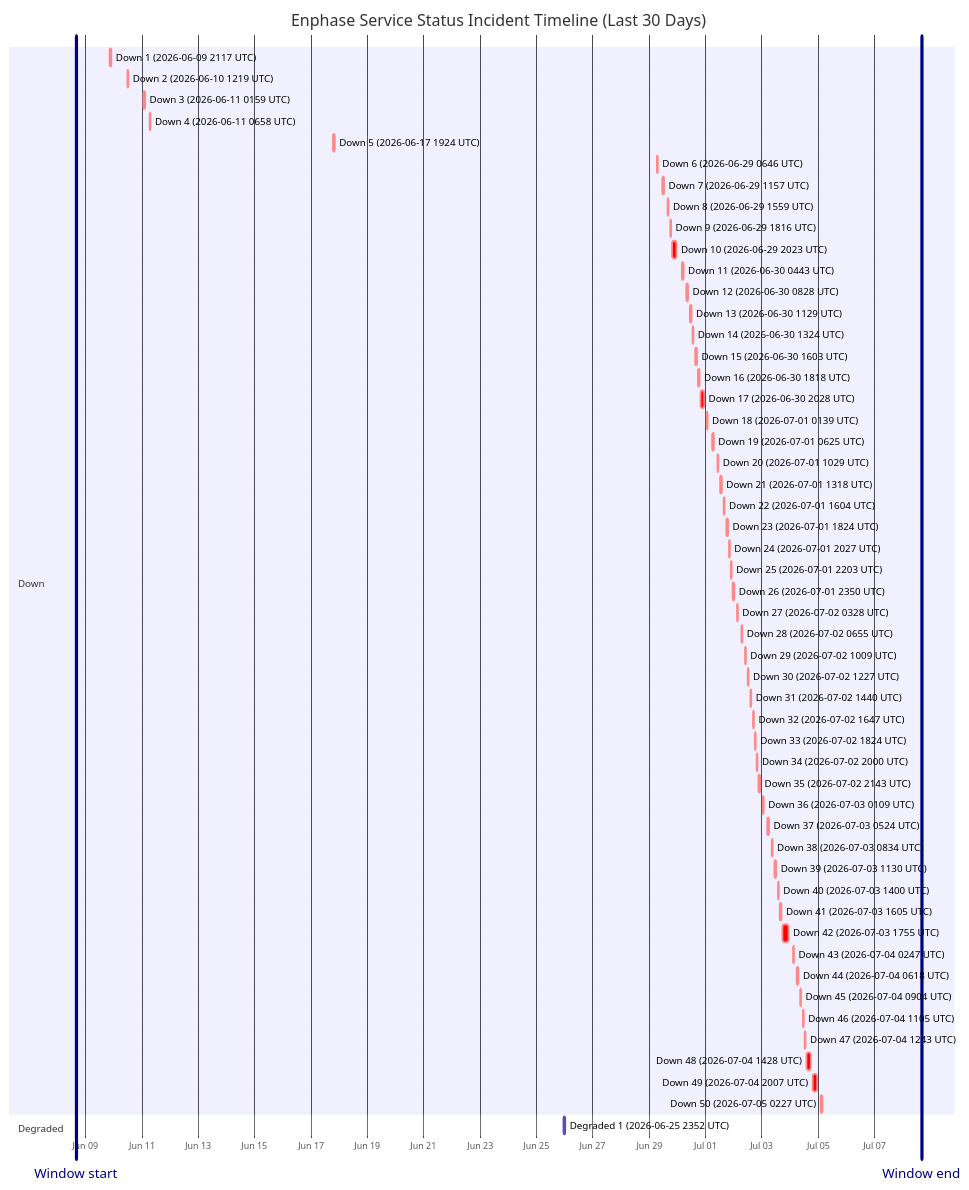
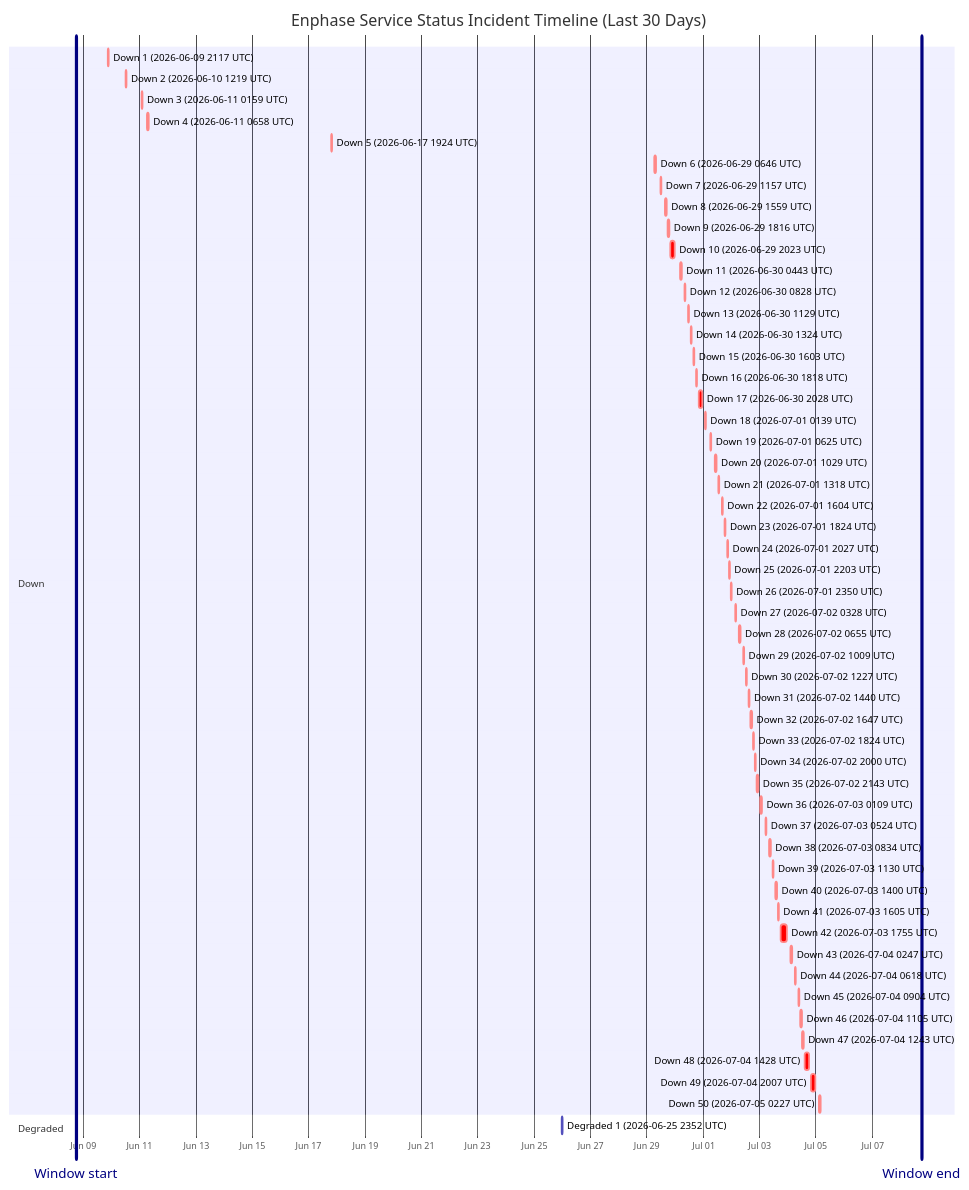
Before and after one commit to barneyonline/ha-enphase-energy: the diagram in wiki/Service-Status-History.md, drawn with Mermaid. The commit also changed other lines of this file and 3 other files, not shown here.

````diff
--- a/wiki/Service-Status-History.md
+++ b/wiki/Service-Status-History.md
@@ -14,61 +14,61 @@
 ```mermaid
 gantt
     title Enphase Service Status Incident Timeline (Last 30 Days)
     dateFormat  YYYY-MM-DDTHH:mm:ss
     axisFormat  %b %d
-    Window start :vert, window-start, 2026-06-08T16:13:50, 0ms
-    Window end :vert, window-end, 2026-07-08T16:13:50, 0ms
+    Window start :vert, window-start, 2026-06-08T17:59:02, 0ms
+    Window end :vert, window-end, 2026-07-08T17:59:02, 0ms
     section Down
     Down 1 (2026-06-09 2117 UTC) :crit, down-1, 2026-06-09T21:17:17, 60m
     Down 2 (2026-06-10 1219 UTC) :crit, down-2, 2026-06-10T12:19:21, 60m
     Down 3 (2026-06-11 0159 UTC) :crit, down-3, 2026-06-11T01:59:36, 60m
     Down 4 (2026-06-11 0658 UTC) :crit, down-4, 2026-06-11T06:58:45, 60m
     Down 5 (2026-06-17 1924 UTC) :crit, down-5, 2026-06-17T19:24:51, 60m
     Down 6 (2026-06-29 0646 UTC) :crit, down-6, 2026-06-29T06:46:18, 60m
     Down 7 (2026-06-29 1157 UTC) :crit, down-7, 2026-06-29T11:57:36, 60m
     Down 8 (2026-06-29 1559 UTC) :crit, down-8, 2026-06-29T15:59:02, 60m
     Down 9 (2026-06-29 1816 UTC) :crit, down-9, 2026-06-29T18:16:38, 60m
     Down 10 (2026-06-29 2023 UTC) :crit, down-10, 2026-06-29T20:23:16, 220m
     Down 11 (2026-06-30 0443 UTC) :crit, down-11, 2026-06-30T04:43:54, 60m
     Down 12 (2026-06-30 0828 UTC) :crit, down-12, 2026-06-30T08:28:43, 60m
     Down 13 (2026-06-30 1129 UTC) :crit, down-13, 2026-06-30T11:29:15, 60m
     Down 14 (2026-06-30 1324 UTC) :crit, down-14, 2026-06-30T13:24:25, 60m
     Down 15 (2026-06-30 1603 UTC) :crit, down-15, 2026-06-30T16:03:26, 60m
     Down 16 (2026-06-30 1818 UTC) :crit, down-16, 2026-06-30T18:18:39, 60m
     Down 17 (2026-06-30 2028 UTC) :crit, down-17, 2026-06-30T20:28:54, 171m
     Down 18 (2026-07-01 0139 UTC) :crit, down-18, 2026-07-01T01:39:18, 60m
     Down 19 (2026-07-01 0625 UTC) :crit, down-19, 2026-07-01T06:25:35, 60m
     Down 20 (2026-07-01 1029 UTC) :crit, down-20, 2026-07-01T10:29:24, 60m
     Down 21 (2026-07-01 1318 UTC) :crit, down-21, 2026-07-01T13:18:31, 60m
     Down 22 (2026-07-01 1604 UTC) :crit, down-22, 2026-07-01T16:04:29, 60m
     Down 23 (2026-07-01 1824 UTC) :crit, down-23, 2026-07-01T18:24:21, 60m
     Down 24 (2026-07-01 2027 UTC) :crit, down-24, 2026-07-01T20:27:17, 60m
     Down 25 (2026-07-01 2203 UTC) :crit, down-25, 2026-07-01T22:03:46, 60m
     Down 26 (2026-07-01 2350 UTC) :crit, down-26, 2026-07-01T23:50:52, 60m
     Down 27 (2026-07-02 0328 UTC) :crit, down-27, 2026-07-02T03:28:33, 60m
     Down 28 (2026-07-02 0655 UTC) :crit, down-28, 2026-07-02T06:55:07, 60m
     Down 29 (2026-07-02 1009 UTC) :crit, down-29, 2026-07-02T10:09:15, 60m
     Down 30 (2026-07-02 1227 UTC) :crit, down-30, 2026-07-02T12:27:49, 60m
     Down 31 (2026-07-02 1440 UTC) :crit, down-31, 2026-07-02T14:40:53, 60m
     Down 32 (2026-07-02 1647 UTC) :crit, down-32, 2026-07-02T16:47:47, 60m
     Down 33 (2026-07-02 1824 UTC) :crit, down-33, 2026-07-02T18:24:26, 60m
     Down 34 (2026-07-02 2000 UTC) :crit, down-34, 2026-07-02T20:00:57, 60m
     Down 35 (2026-07-02 2143 UTC) :crit, down-35, 2026-07-02T21:43:52, 80m
     Down 36 (2026-07-03 0109 UTC) :crit, down-36, 2026-07-03T01:09:19, 60m
     Down 37 (2026-07-03 0524 UTC) :crit, down-37, 2026-07-03T05:24:23, 60m
     Down 38 (2026-07-03 0834 UTC) :crit, down-38, 2026-07-03T08:34:05, 60m
     Down 39 (2026-07-03 1130 UTC) :crit, down-39, 2026-07-03T11:30:41, 60m
     Down 40 (2026-07-03 1400 UTC) :crit, down-40, 2026-07-03T14:00:48, 60m
     Down 41 (2026-07-03 1605 UTC) :crit, down-41, 2026-07-03T16:05:49, 60m
     Down 42 (2026-07-03 1755 UTC) :crit, down-42, 2026-07-03T17:55:54, 338m
     Down 43 (2026-07-04 0247 UTC) :crit, down-43, 2026-07-04T02:47:22, 60m
     Down 44 (2026-07-04 0618 UTC) :crit, down-44, 2026-07-04T06:18:09, 60m
     Down 45 (2026-07-04 0904 UTC) :crit, down-45, 2026-07-04T09:04:41, 60m
     Down 46 (2026-07-04 1105 UTC) :crit, down-46, 2026-07-04T11:05:21, 60m
     Down 47 (2026-07-04 1243 UTC) :crit, down-47, 2026-07-04T12:43:25, 60m
     Down 48 (2026-07-04 1428 UTC) :crit, down-48, 2026-07-04T14:28:07, 243m
     Down 49 (2026-07-04 2007 UTC) :crit, down-49, 2026-07-04T20:07:50, 206m
     Down 50 (2026-07-05 0227 UTC) :crit, down-50, 2026-07-05T02:27:32, 109m
     section Degraded
     Degraded 1 (2026-06-25 2352 UTC) :active, degraded-1, 2026-06-25T23:52:01, 60m
 ```
````
